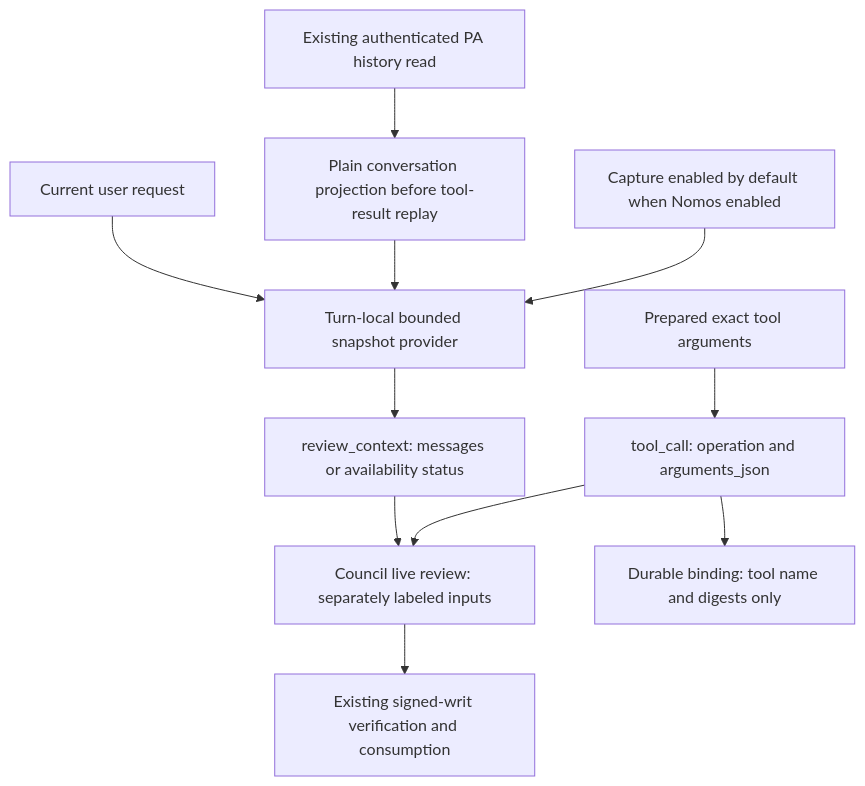
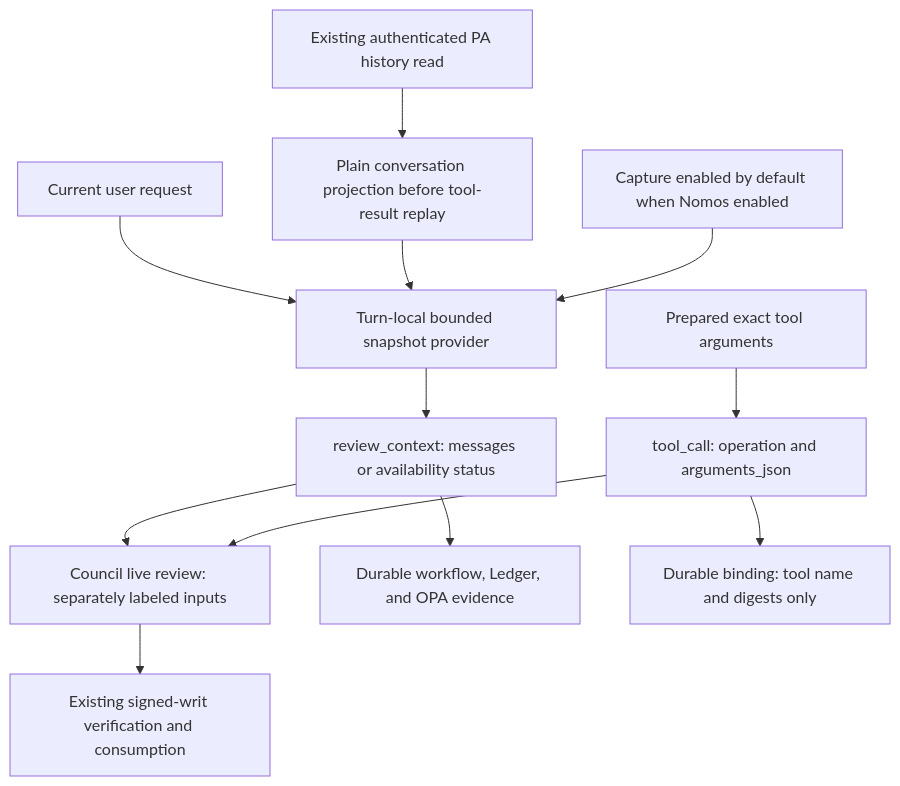
Before and after one commit to NVIDIA/Nomos: the fourth of 6 diagrams in docs/proposals/pa2-autonomous-write-authorization.md, drawn with Mermaid. The commit also changed other lines of this file and 18 other files, not shown here.

````diff
--- a/docs/proposals/pa2-autonomous-write-authorization.md
+++ b/docs/proposals/pa2-autonomous-write-authorization.md
@@ -548,13 +551,14 @@
 ```mermaid
 flowchart TD
   History[Existing authenticated PA history read] --> Plain[Plain conversation projection before tool-result replay]
   User[Current user request] --> Capture[Turn-local bounded snapshot provider]
   Plain --> Capture
   Config[Capture enabled by default when Nomos enabled] --> Capture
   Capture --> Context[review_context: messages or availability status]
   Args[Prepared exact tool arguments] --> Tool[tool_call: operation and arguments_json]
   Context --> Live[Council live review: separately labeled inputs]
   Tool --> Live
   Live --> Decision[Existing signed-writ verification and consumption]
+  Context --> Evidence[Durable workflow, Ledger, and OPA evidence]
   Tool --> Durable[Durable binding: tool name and digests only]
 ```
````
